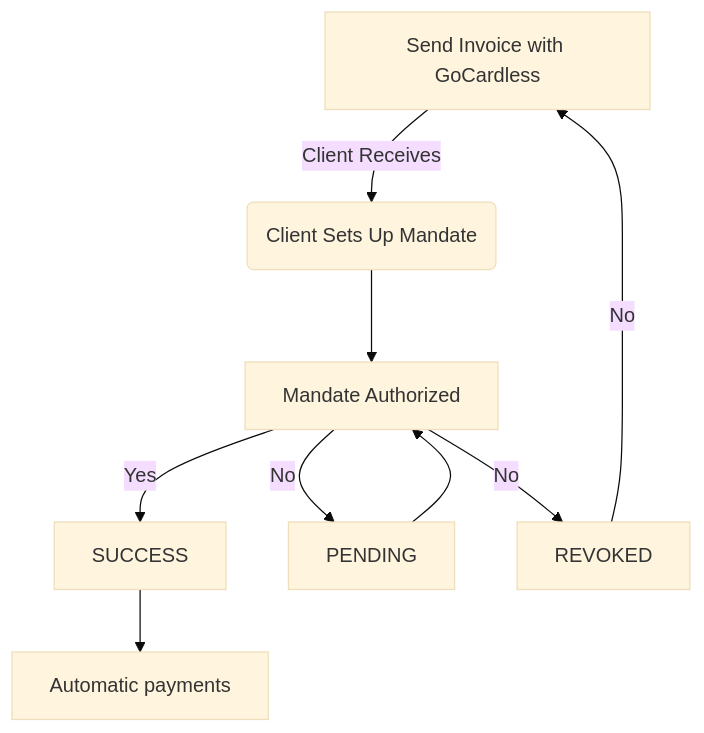
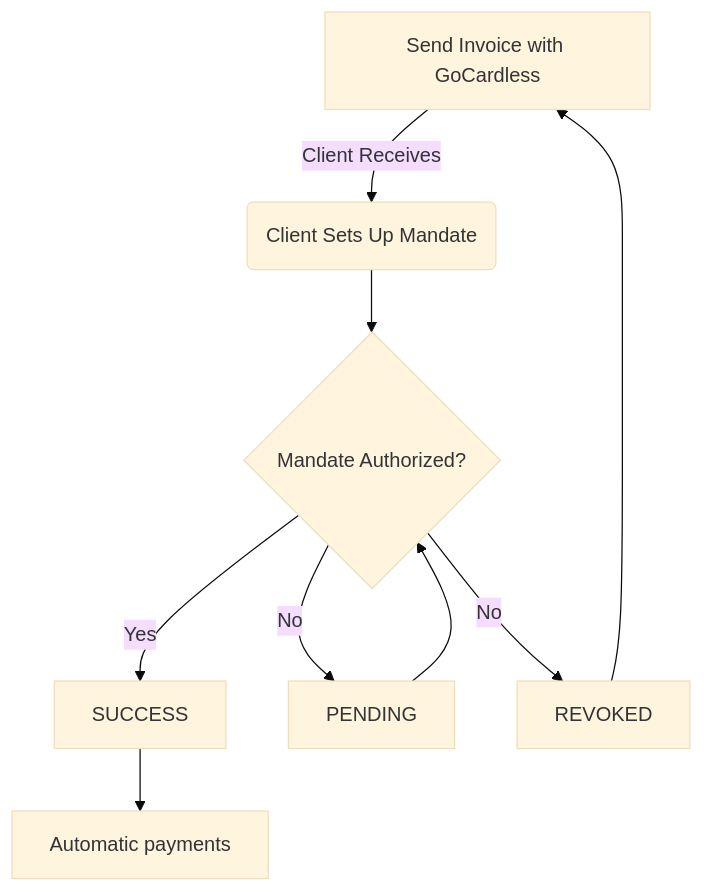
Before and after one commit to vader/fiskl-help: the diagram in docs/clients-vendors/managing-clients.md, drawn with Mermaid (base theme). The commit also changed other lines of this file and 77 other files, not shown here.

````diff
--- a/docs/clients-vendors/managing-clients.md
+++ b/docs/clients-vendors/managing-clients.md
@@ -89,11 +92,11 @@
 ```mermaid
 graph TD
   A[Send Invoice with GoCardless] -->|Client Receives| B(Client Sets Up Mandate)
   B --> C{Mandate Authorized?}
   C -->|Yes| D[SUCCESS]
   C -->|No| E[PENDING]
   C -->|No| G[REVOKED]
   D --> F[Automatic payments]
-  E --> C[Mandate Authorized]
-  G --> |No| A
+  E --> C
+  G --> A
 ```
````
